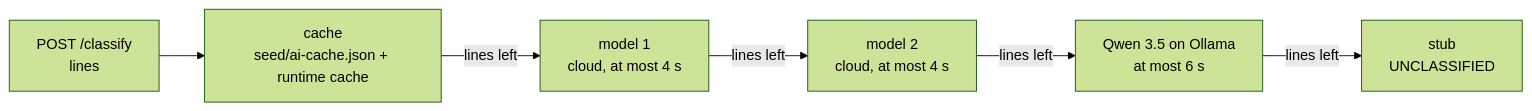
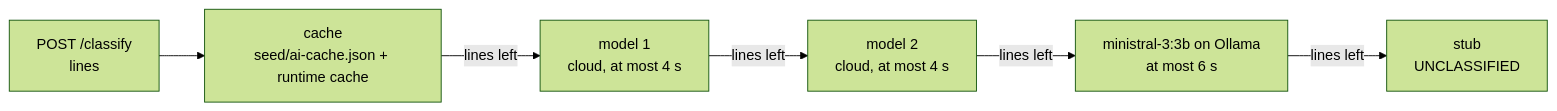
The second of 3 diagrams in docs/ARCHITECTURE.md (tudor-n/tracegreen), drawn with Mermaid (forest theme) before and after one commit. The commit also changed other lines of this file and 6 other files, not shown here.

````diff
--- a/docs/ARCHITECTURE.md
+++ b/docs/ARCHITECTURE.md
@@ -77,8 +77,8 @@
 ```mermaid
 flowchart LR
   R["POST /classify<br/>lines"] --> C["cache<br/>seed/ai-cache.json + runtime cache"]
   C -- "lines left" --> M1["model 1<br/>cloud, at most 4 s"]
   M1 -- "lines left" --> M2["model 2<br/>cloud, at most 4 s"]
-  M2 -- "lines left" --> M3["Qwen 3.5 on Ollama<br/>at most 6 s"]
+  M2 -- "lines left" --> M3["ministral-3:3b on Ollama<br/>at most 6 s"]
   M3 -- "lines left" --> S["stub<br/>UNCLASSIFIED"]
 ```
````
